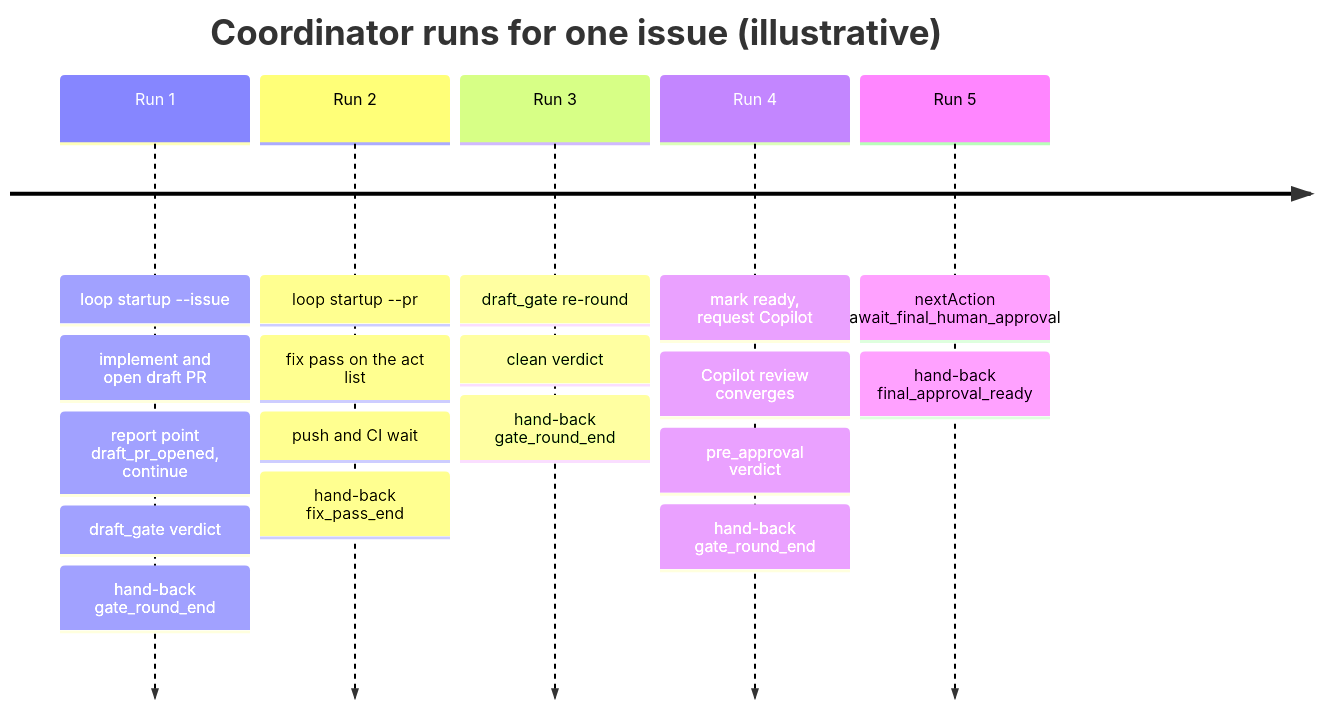
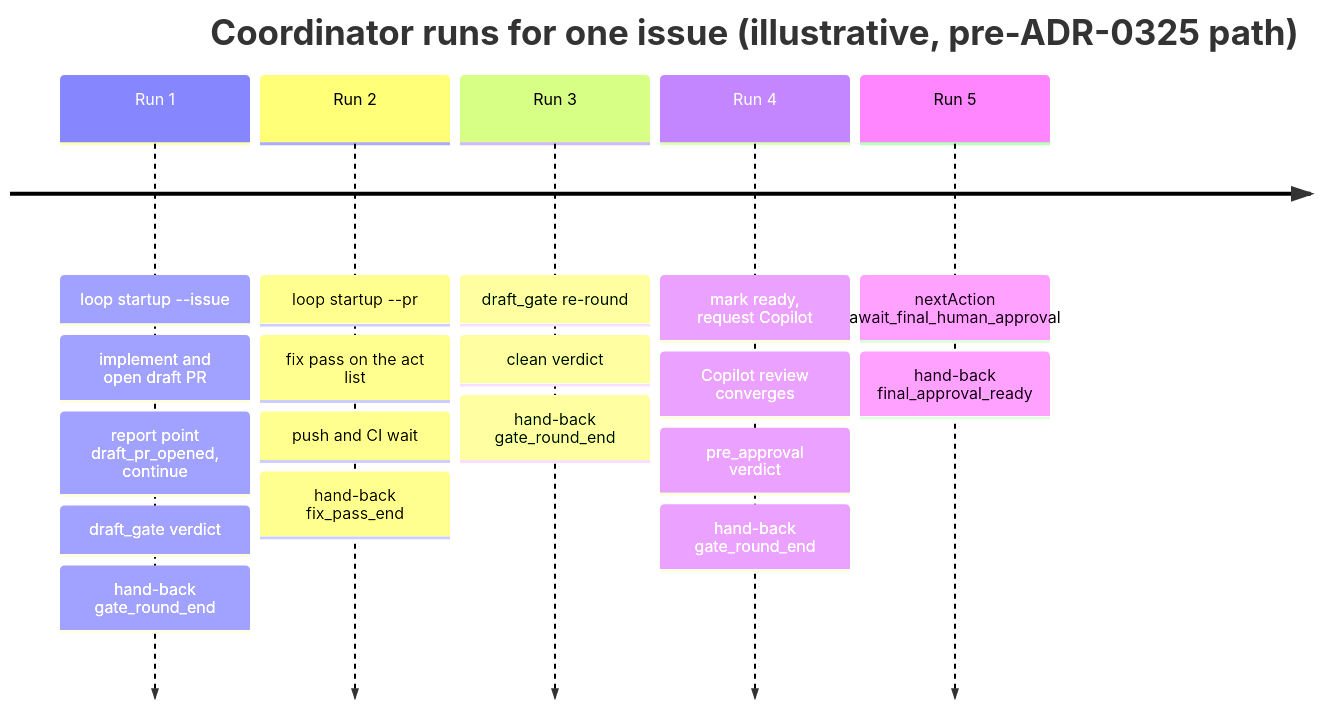
Before and after one commit to mfittko/dev-loops: the tenth of 14 diagrams in docs/atlas/04-main-flows.md, drawn with Mermaid. The commit also changed other lines of this file and 6 other files, not shown here.

````diff
--- a/docs/atlas/04-main-flows.md
+++ b/docs/atlas/04-main-flows.md
@@ -323,9 +326,9 @@
 ```mermaid
 timeline
-  title Coordinator runs for one issue (illustrative)
+  title Coordinator runs for one issue (illustrative, pre-ADR-0325 path)
   Run 1 : loop startup --issue : implement and open draft PR : report point draft_pr_opened, continue : draft_gate verdict : hand-back gate_round_end
   Run 2 : loop startup --pr : fix pass on the act list : push and CI wait : hand-back fix_pass_end
   Run 3 : draft_gate re-round : clean verdict : hand-back gate_round_end
   Run 4 : mark ready, request Copilot : Copilot review converges : pre_approval verdict : hand-back gate_round_end
   Run 5 : nextAction await_final_human_approval : hand-back final_approval_ready
 ```
````
